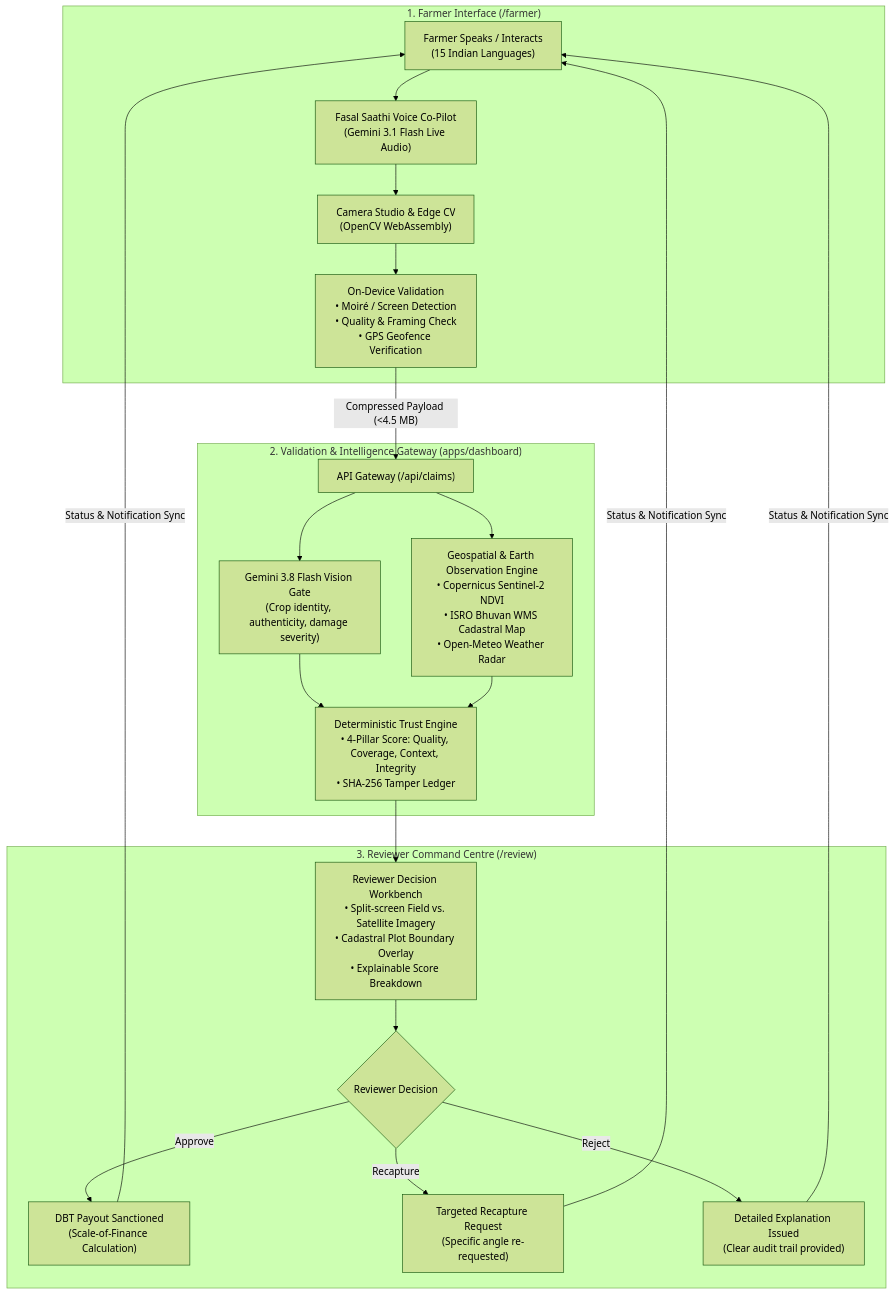
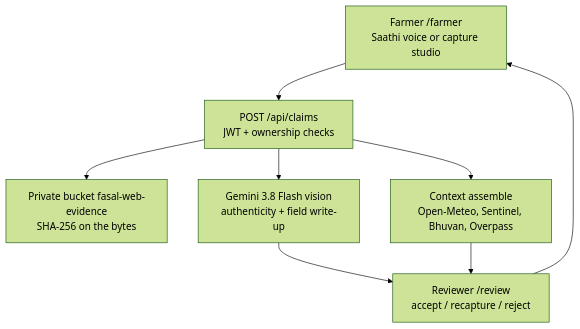
Before and after one commit to dhrrishitvdeka/Fasal-Pramaan: the diagram in README.md, drawn with Mermaid (forest theme). The commit also changed other lines of this file and 73 other files, not shown here.

Commit message:
fix: harden auth, connect peril signals, clean schema SQL, rewrite README without demo creds

````diff
--- a/README.md
+++ b/README.md
@@ -40,25 +25,10 @@
 ```mermaid
 flowchart TD
-    subgraph S1["1. Farmer Interface (/farmer)"]
-        A["Farmer Speaks / Interacts<br/>(15 Indian Languages)"] --> B["Fasal Saathi Voice Co-Pilot<br/>(Gemini 3.1 Flash Live Audio)"]
-        B --> C["Camera Studio & Edge CV<br/>(OpenCV WebAssembly)"]
-        C --> D["On-Device Validation<br/>• Moiré / Screen Detection<br/>• Quality & Framing Check<br/>• GPS Geofence Verification"]
-    end
-
-    subgraph S2["2. Validation & Intelligence Gateway (apps/dashboard)"]
-        D -->|"Compressed Payload (<4.5 MB)"| E["API Gateway (/api/claims)"]
-        E --> F["Gemini 3.8 Flash Vision Gate<br/>(Crop identity, authenticity, damage severity)"]
-        E --> G["Geospatial & Earth Observation Engine<br/>• Copernicus Sentinel-2 NDVI<br/>• ISRO Bhuvan WMS Cadastral Map<br/>• Open-Meteo Weather Radar"]
-        F & G --> H["Deterministic Trust Engine<br/>• 4-Pillar Score: Quality, Coverage, Context, Integrity<br/>• SHA-256 Tamper Ledger"]
-    end
-
-    subgraph S3["3. Reviewer Command Centre (/review)"]
-        H --> I["Reviewer Decision Workbench<br/>• Split-screen Field vs. Satellite Imagery<br/>• Cadastral Plot Boundary Overlay<br/>• Explainable Score Breakdown"]
-        I --> J{"Reviewer Decision"}
-        J -->|"Approve"| K["DBT Payout Sanctioned<br/>(Scale-of-Finance Calculation)"]
-        J -->|"Recapture"| L["Targeted Recapture Request<br/>(Specific angle re-requested)"]
-        J -->|"Reject"| M["Detailed Explanation Issued<br/>(Clear audit trail provided)"]
-    end
-
-    K & L & M -->|"Status & Notification Sync"| A
+    A["Farmer /farmer<br/>Saathi voice or capture studio"] --> B["POST /api/claims<br/>JWT + ownership checks"]
+    B --> C["Private bucket fasal-web-evidence<br/>SHA-256 on the bytes"]
+    B --> D["Gemini 3.8 Flash vision<br/>authenticity + field write-up"]
+    B --> E["Context assemble<br/>Open-Meteo, Sentinel, Bhuvan, Overpass"]
+    D --> F["Reviewer /review<br/>accept / recapture / reject"]
+    E --> F
+    F --> A
 ```
````
